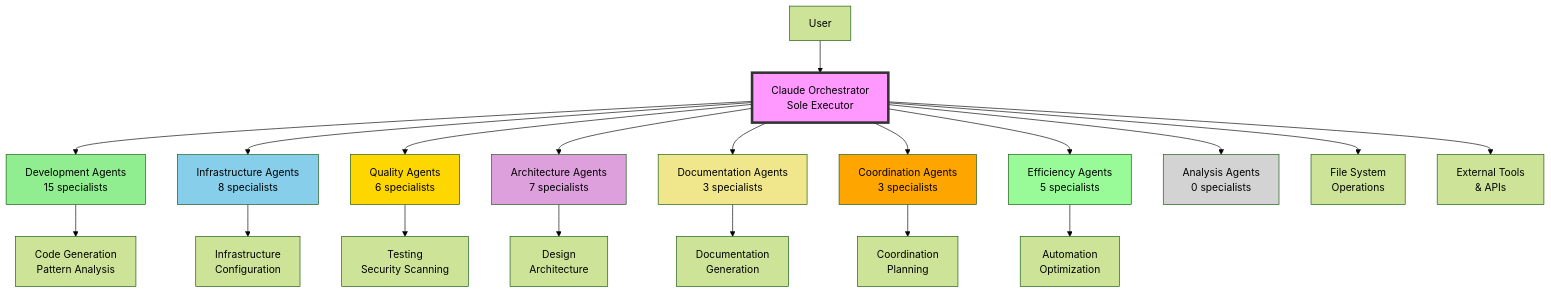
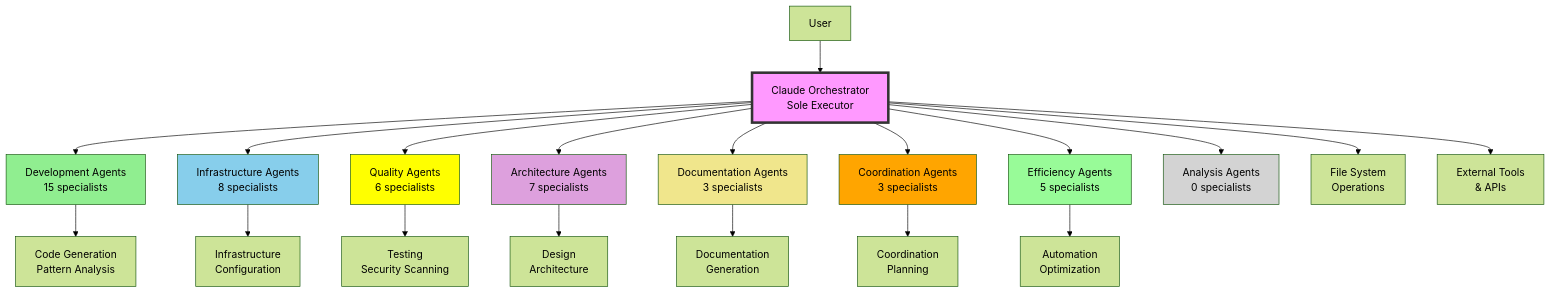
The first of 10 diagrams in docs/architecture/agent-ecosystem-architecture.md (damilola-elegbede/claude-config), drawn with Mermaid (forest theme) before and after one commit. The commit also changed other lines of this file and 10 other files, not shown here.

````diff
--- a/docs/architecture/agent-ecosystem-architecture.md
+++ b/docs/architecture/agent-ecosystem-architecture.md
@@ -32,34 +32,34 @@
 ```mermaid
 graph TB
     User[User] --> Claude[Claude Orchestrator<br/>Sole Executor]
     
     Claude --> CAT1[Development Agents<br/>15 specialists]
     Claude --> CAT2[Infrastructure Agents<br/>8 specialists]
     Claude --> CAT3[Quality Agents<br/>6 specialists]
     Claude --> CAT4[Architecture Agents<br/>7 specialists]
     Claude --> CAT5[Documentation Agents<br/>3 specialists]
     Claude --> CAT6[Coordination Agents<br/>3 specialists]
     Claude --> CAT7[Efficiency Agents<br/>5 specialists]
     Claude --> CAT8[Analysis Agents<br/>0 specialists]
     
     CAT1 --> Tools1[Code Generation<br/>Pattern Analysis]
     CAT2 --> Tools2[Infrastructure<br/>Configuration]
     CAT3 --> Tools3[Testing<br/>Security Scanning]
     CAT4 --> Tools4[Design<br/>Architecture]
     CAT5 --> Tools5[Documentation<br/>Generation]
     CAT6 --> Tools6[Coordination<br/>Planning]
     CAT7 --> Tools7[Automation<br/>Optimization]
     
     Claude --> FileSystem[File System<br/>Operations]
     Claude --> ExternalTools[External Tools<br/>& APIs]
     
     style Claude fill:#f9f,stroke:#333,stroke-width:4px
     style CAT1 fill:#90EE90
     style CAT2 fill:#87CEEB
-    style CAT3 fill:#FFD700
+    style CAT3 fill:yellow
     style CAT4 fill:#DDA0DD
     style CAT5 fill:#F0E68C
     style CAT6 fill:#FFA500
     style CAT7 fill:#98FB98
     style CAT8 fill:#D3D3D3
 ```
````
